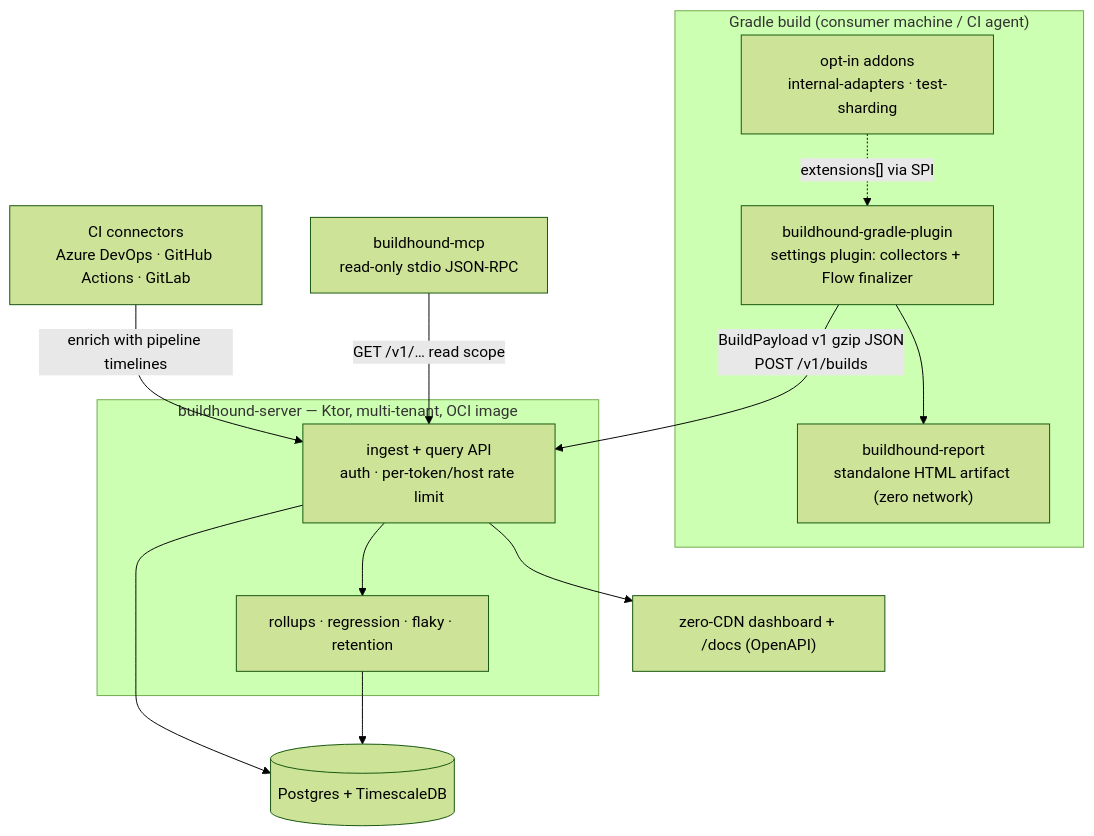
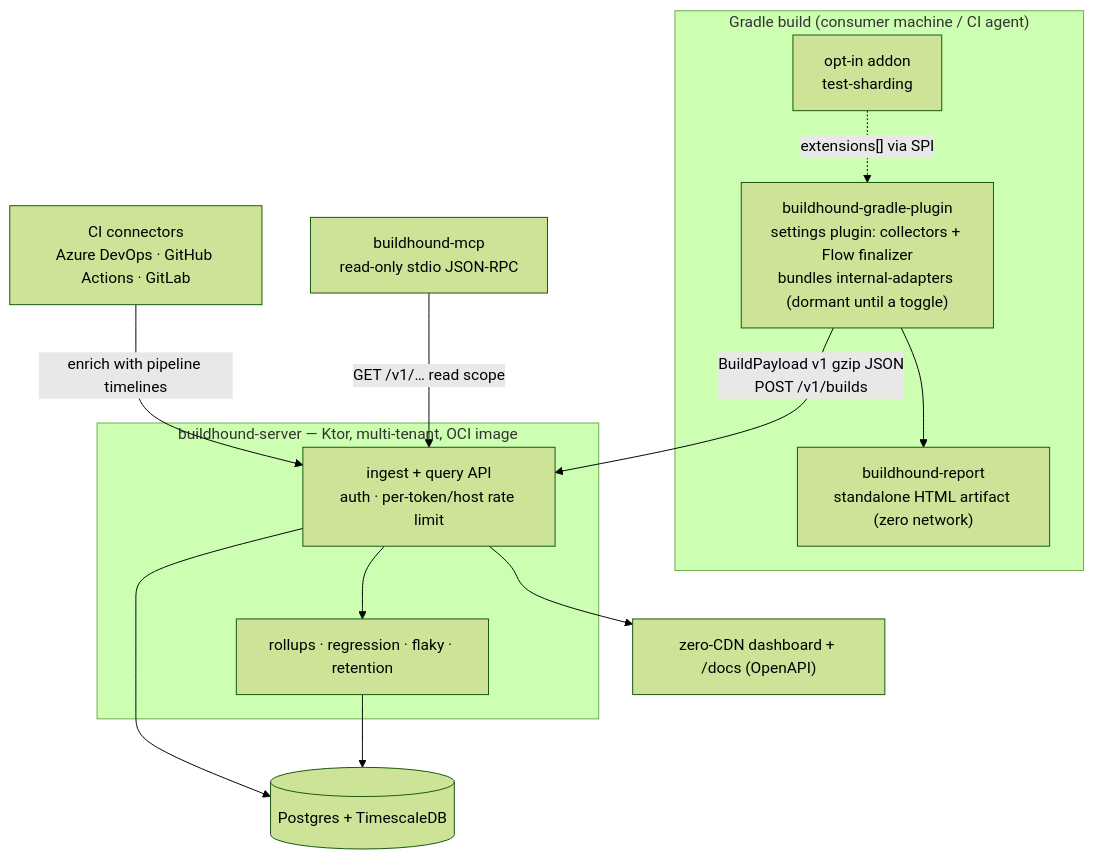
Before and after one commit to BuildHound/BuildHound: the first of 3 diagrams in docs/architecture.md, drawn with Mermaid (forest theme). The commit also changed other lines of this file and 19 other files, not shown here.

````diff
--- a/docs/architecture.md
+++ b/docs/architecture.md
@@ -12,28 +12,28 @@
 ```mermaid
 flowchart TD
     subgraph build["Gradle build (consumer machine / CI agent)"]
-        plugin["buildhound-gradle-plugin<br/>settings plugin: collectors + Flow finalizer"]
-        addons["opt-in addons<br/>internal-adapters · test-sharding"]
+        plugin["buildhound-gradle-plugin<br/>settings plugin: collectors + Flow finalizer<br/>bundles internal-adapters (dormant until a toggle)"]
+        addons["opt-in addon<br/>test-sharding"]
         report["buildhound-report<br/>standalone HTML artifact (zero network)"]
     end
 
     subgraph svc["buildhound-server — Ktor, multi-tenant, OCI image"]
         server["ingest + query API<br/>auth · per-token/host rate limit"]
         engines["rollups · regression · flaky · retention"]
     end
 
     db[("Postgres + TimescaleDB")]
     ci["CI connectors<br/>Azure DevOps · GitHub Actions · GitLab"]
     dash["zero-CDN dashboard + /docs (OpenAPI)"]
     mcp["buildhound-mcp<br/>read-only stdio JSON-RPC"]
 
     addons -. "extensions[] via SPI" .-> plugin
     plugin --> report
     plugin -- "BuildPayload v1 gzip JSON<br/>POST /v1/builds" --> server
     server --> engines
     ci -- "enrich with pipeline timelines" --> server
     server --> db
     engines --> db
     server --> dash
     mcp -- "GET /v1/… read scope" --> server
 ```
````
